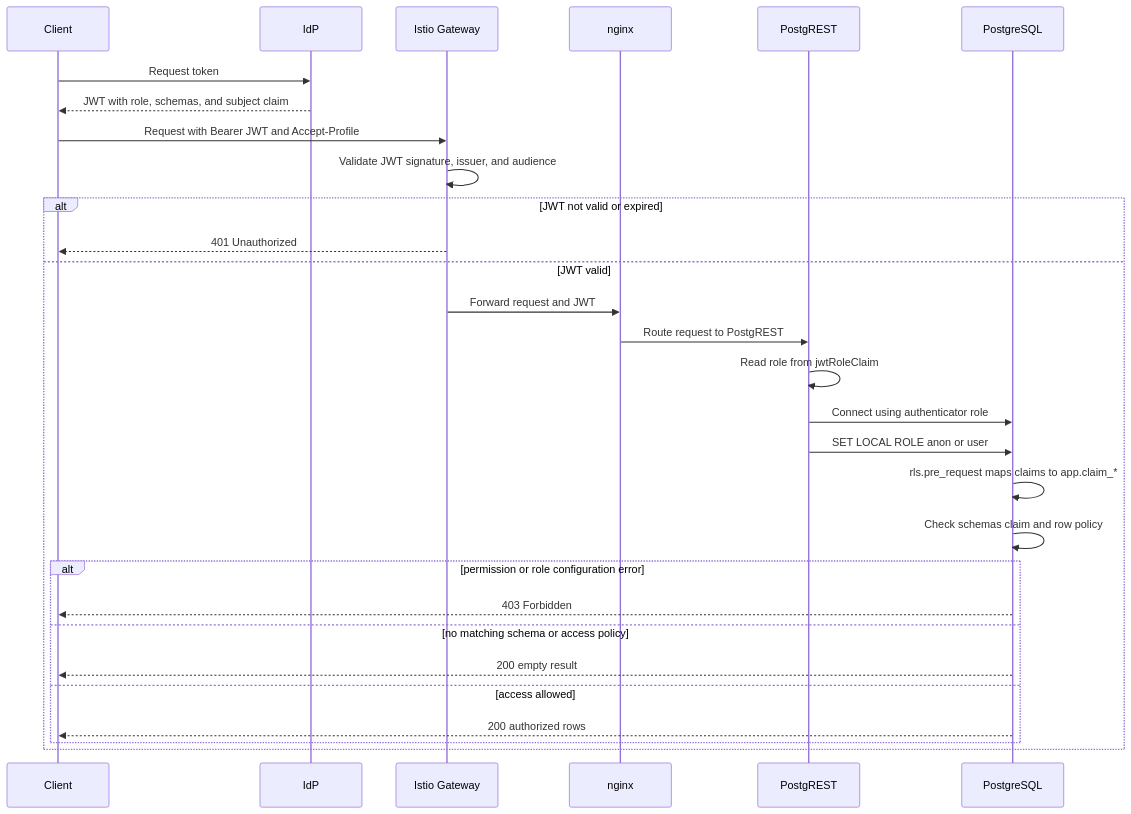
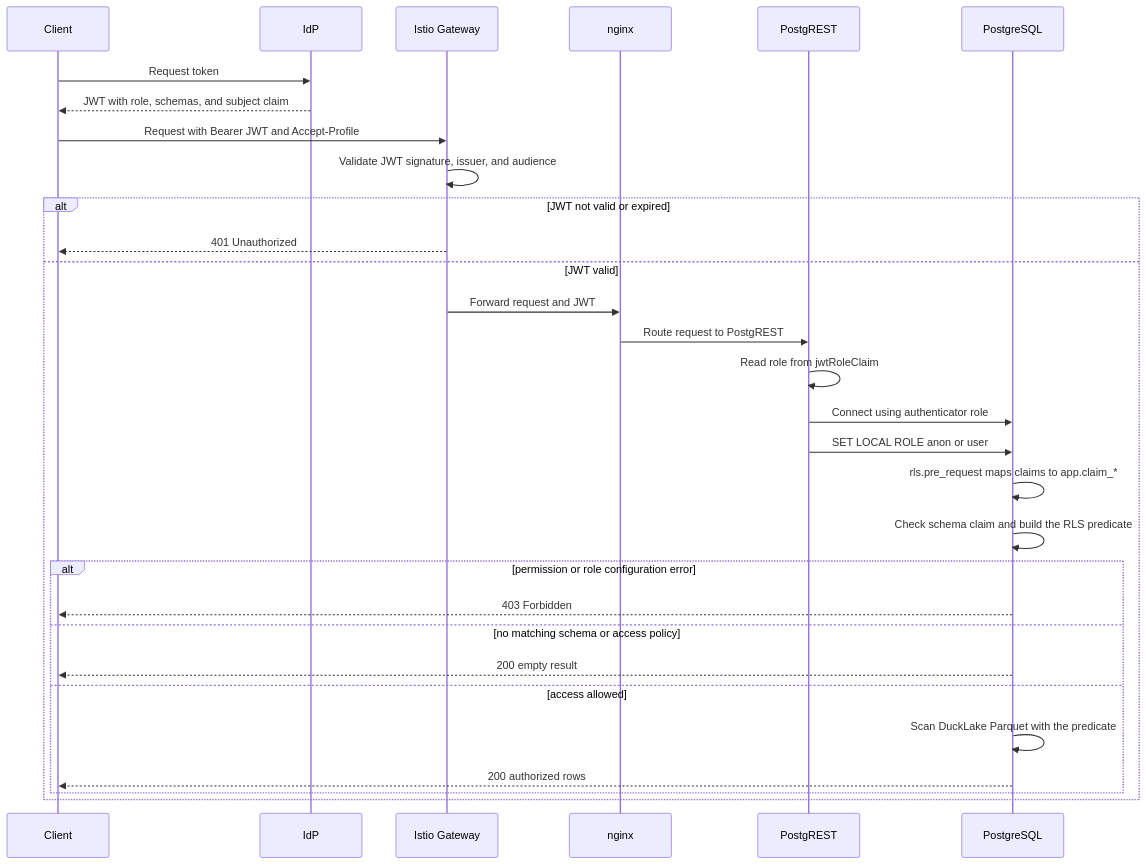
One commit to prefeitura-rio/data-proxy changed the first of 2 diagrams in docs/security.md. Above: the diagram before and after it, drawn with Mermaid. The commit also changed other lines of this file and 10 other files, not shown here.

First line of the commit message:
docs: update documentation for DuckLake architecture

````diff
--- a/docs/security.md
+++ b/docs/security.md
@@ -51,32 +51,33 @@
 ```mermaid
 sequenceDiagram
     participant C as Client
     participant I as IdP
     participant G as Istio Gateway
     participant N as nginx
     participant P as PostgREST
     participant DB as PostgreSQL
 
     C->>I: Request token
     I-->>C: JWT with role, schemas, and subject claim
     C->>G: Request with Bearer JWT and Accept-Profile
     G->>G: Validate JWT signature, issuer, and audience
     alt JWT not valid or expired
         G-->>C: 401 Unauthorized
     else JWT valid
         G->>N: Forward request and JWT
         N->>P: Route request to PostgREST
         P->>P: Read role from jwtRoleClaim
         P->>DB: Connect using authenticator role
         P->>DB: SET LOCAL ROLE anon or user
         DB->>DB: rls.pre_request maps claims to app.claim_*
-        DB->>DB: Check schemas claim and row policy
+        DB->>DB: Check schema claim and build the RLS predicate
         alt permission or role configuration error
             DB-->>C: 403 Forbidden
         else no matching schema or access policy
             DB-->>C: 200 empty result
         else access allowed
+            DB->>DB: Scan DuckLake Parquet with the predicate
             DB-->>C: 200 authorized rows
         end
     end
 ```
````
